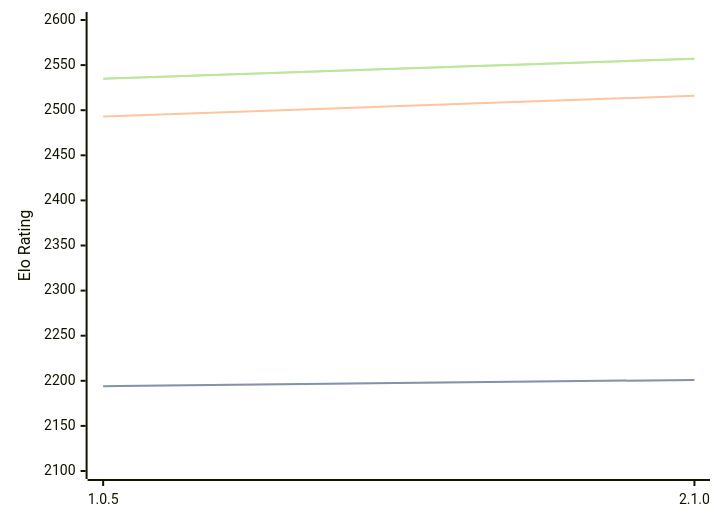
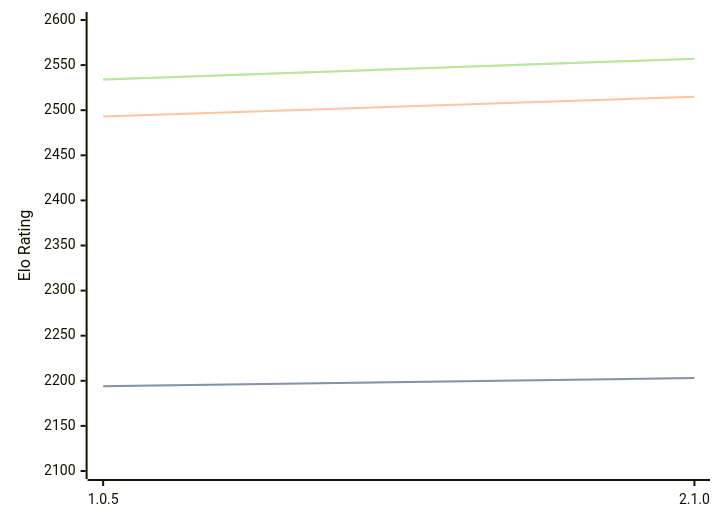
The diagram in engines/Ruffian.md (computer-chess-index/cci), drawn with Mermaid before and after one commit. The commit also changed other lines of this file, not shown here.

Commit message:
Update CCI Ratings (ELO VLTC) - 2026-02-27

````diff
--- a/engines/Ruffian.md
+++ b/engines/Ruffian.md
@@ -30,11 +30,11 @@
 ```mermaid
 %%{init: {"theme":"base","themeVariables":{"seriesColors:['#a3a3a3','#222221','#faa371']}}}%%
 xychart-beta
   x-axis ["1.0.5", "2.1.0"]
   y-axis "Elo Rating" 2100 --> 2600
-  line "STC (8.0+0.08s)" [2194, 2201]
-  line "STC (8.0+0.08s)" [2194, 2201]
-  line "LTC (60.0+0.60s)" [2493, 2516]
-  line "VLTC (2m24s+1.12s)" [2535, 2557]
-  line "VLTC (2m24s+1.12s)" [2535, 2557]
+  line "STC (8.0+0.08s)" [2194, 2203]
+  line "STC (8.0+0.08s)" [2194, 2203]
+  line "LTC (60.0+0.60s)" [2493, 2515]
+  line "VLTC (2m24s+1.12s)" [2534, 2557]
+  line "VLTC (2m24s+1.12s)" [2534, 2557]
 ```
````
